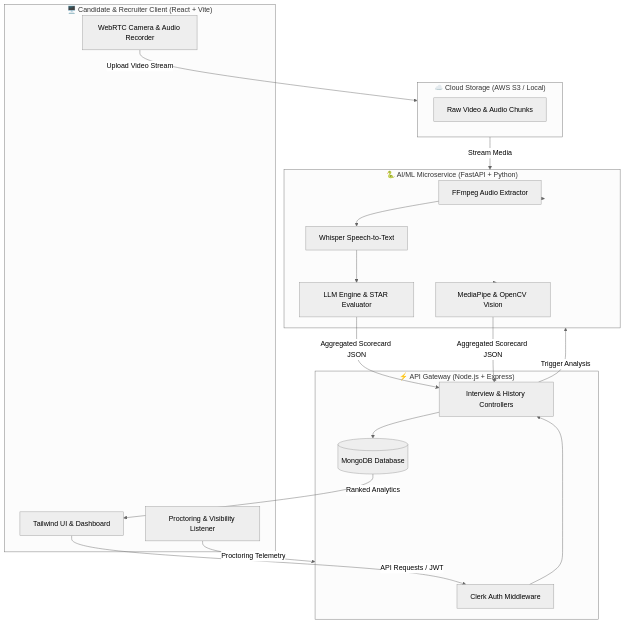
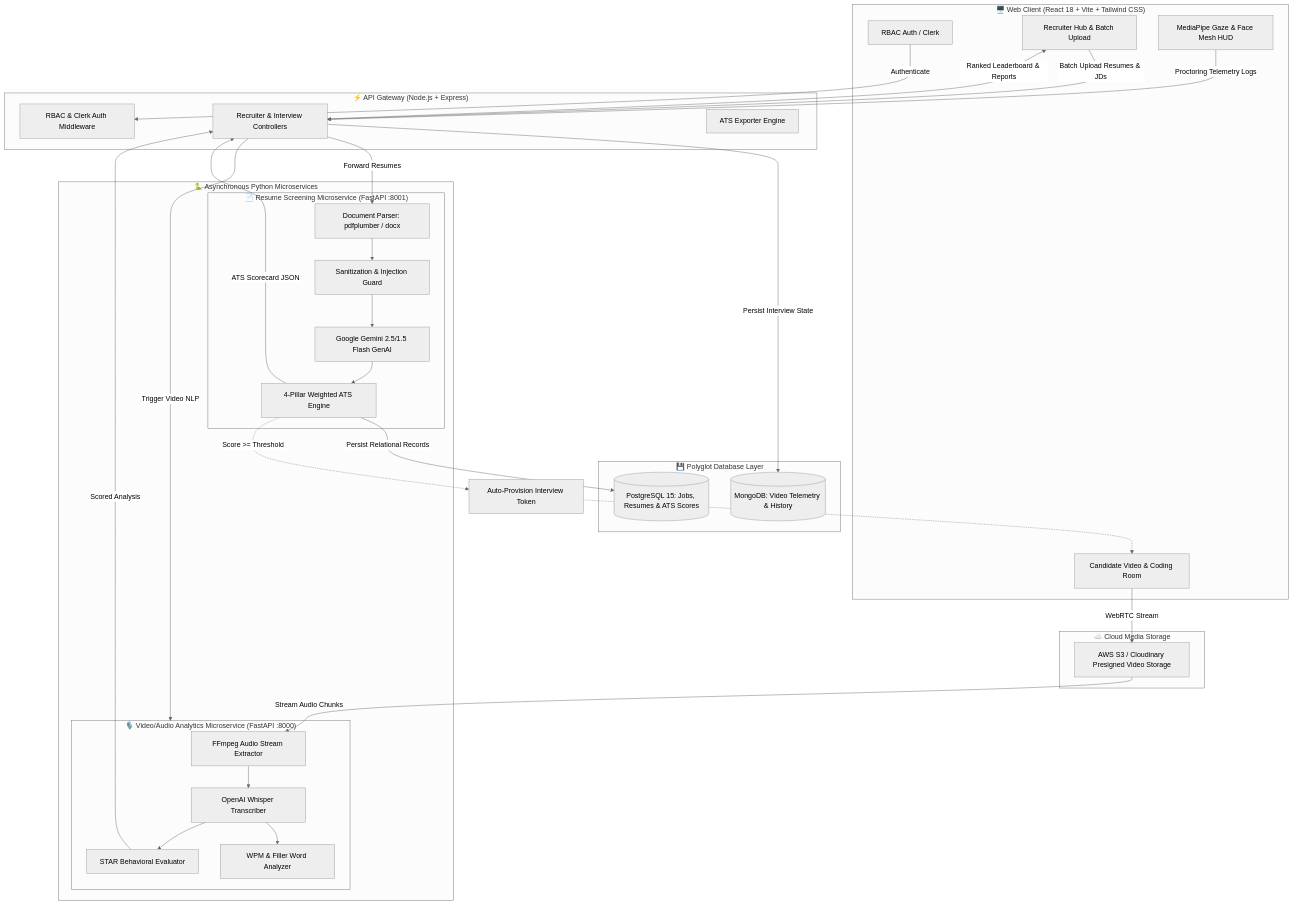
Before and after one commit to Ishakarnawat/Debrief-ai: the diagram in README.md, drawn with Mermaid (neutral theme). The commit also changed other lines of this file, not shown here.

Commit message:
docs: comprehensive update to README for Gemini ATS microservice, RBAC portals, Docker orchestration, and academic defense guide

````diff
--- a/README.md
+++ b/README.md
@@ -89,37 +112,65 @@
 ```mermaid
 flowchart TD
-    subgraph Client ["🖥️ Candidate & Recruiter Client (React + Vite)"]
-        UI[Tailwind UI & Dashboard]
-        REC[WebRTC Camera & Audio Recorder]
-        TAB[Proctoring & Visibility Listener]
+    subgraph Client ["🖥️ Web Client (React 18 + Vite + Tailwind CSS)"]
+        AUTH_UI[RBAC Auth / Clerk]
+        REC_PORTAL[Recruiter Hub & Batch Upload]
+        CAND_PORTAL[Candidate Video & Coding Room]
+        HUD[MediaPipe Gaze & Face Mesh HUD]
     end
 
     subgraph Gateway ["⚡ API Gateway (Node.js + Express)"]
-        AUTH[Clerk Auth Middleware]
-        CTRL[Interview & History Controllers]
-        STORE[(MongoDB Database)]
+        AUTH_MID[RBAC & Clerk Auth Middleware]
+        CTRL[Recruiter & Interview Controllers]
+        EXP[ATS Exporter Engine]
     end
 
-    subgraph Storage ["☁️ Cloud Storage (AWS S3 / Local)"]
-        VID[Raw Video & Audio Chunks]
+    subgraph Polyglot_DB ["💾 Polyglot Database Layer"]
+        MONGO[(MongoDB: Video Telemetry & History)]
+        PG[(PostgreSQL 15: Jobs, Resumes & ATS Scores)]
     end
 
-    subgraph ML ["🐍 AI/ML Microservice (FastAPI + Python)"]
-        FFMPEG[FFmpeg Audio Extractor]
-        WHISPER[Whisper Speech-to-Text]
-        VISION[MediaPipe & OpenCV Vision]
-        LLM[LLM Engine & STAR Evaluator]
+    subgraph Storage ["☁️ Cloud Media Storage"]
+        S3[AWS S3 / Cloudinary Presigned Video Storage]
     end
 
-    REC -->|Upload Video Stream| Storage
-    TAB -->|Proctoring Telemetry| Gateway
-    UI -->|API Requests / JWT| AUTH
-    AUTH --> CTRL
-    CTRL -->|Trigger Analysis| ML
-    Storage -->|Stream Media| ML
-    ML --> FFMPEG --> WHISPER --> LLM
-    ML --> VISION
-    LLM & VISION -->|Aggregated Scorecard JSON| CTRL
-    CTRL --> STORE
-    STORE -->|Ranked Analytics| UI
+    subgraph Services ["🐍 Asynchronous Python Microservices"]
+        subgraph ATS_Microservice ["📄 Resume Screening Microservice (FastAPI :8001)"]
+            DOC_PARSE[Document Parser: pdfplumber / docx]
+            SANITIZER[Sanitization & Injection Guard]
+            GEMINI[Google Gemini 2.5/1.5 Flash GenAI]
+            ATS_RUBRIC[4-Pillar Weighted ATS Engine]
+        end
+
+        subgraph ML_Microservice ["🎙️ Video/Audio Analytics Microservice (FastAPI :8000)"]
+            FFMPEG[FFmpeg Audio Stream Extractor]
+            WHISPER[OpenAI Whisper Transcriber]
+            STAR_EVAL[STAR Behavioral Evaluator]
+            VOCAL[WPM & Filler Word Analyzer]
+        end
+    end
+
+    %% Client Interactions
+    AUTH_UI -->|Authenticate| AUTH_MID
+    REC_PORTAL -->|Batch Upload Resumes & JDs| CTRL
+    CAND_PORTAL -->|WebRTC Stream| S3
+    HUD -->|Proctoring Telemetry Logs| CTRL
+
+    %% Gateway Routing
+    CTRL -->|Persist Interview State| MONGO
+    CTRL -->|Forward Resumes| DOC_PARSE
+    CTRL -->|Trigger Video NLP| ML_Microservice
+
+    %% Resume Screener Internal Flow
+    DOC_PARSE --> SANITIZER --> GEMINI --> ATS_RUBRIC
+    ATS_RUBRIC -->|Persist Relational Records| PG
+    ATS_RUBRIC -->|ATS Scorecard JSON| CTRL
+
+    %% Autonomous Advancement
+    ATS_RUBRIC -.->|Score >= Threshold| AUTO_TRIGGER[Auto-Provision Interview Token]
+    AUTO_TRIGGER -.-> CAND_PORTAL
+
+    %% Video ML Flow
+    S3 -->|Stream Audio Chunks| FFMPEG --> WHISPER --> VOCAL & STAR_EVAL
+    STAR_EVAL -->|Scored Analysis| CTRL
+    CTRL -->|Ranked Leaderboard & Reports| REC_PORTAL
 ```
````
